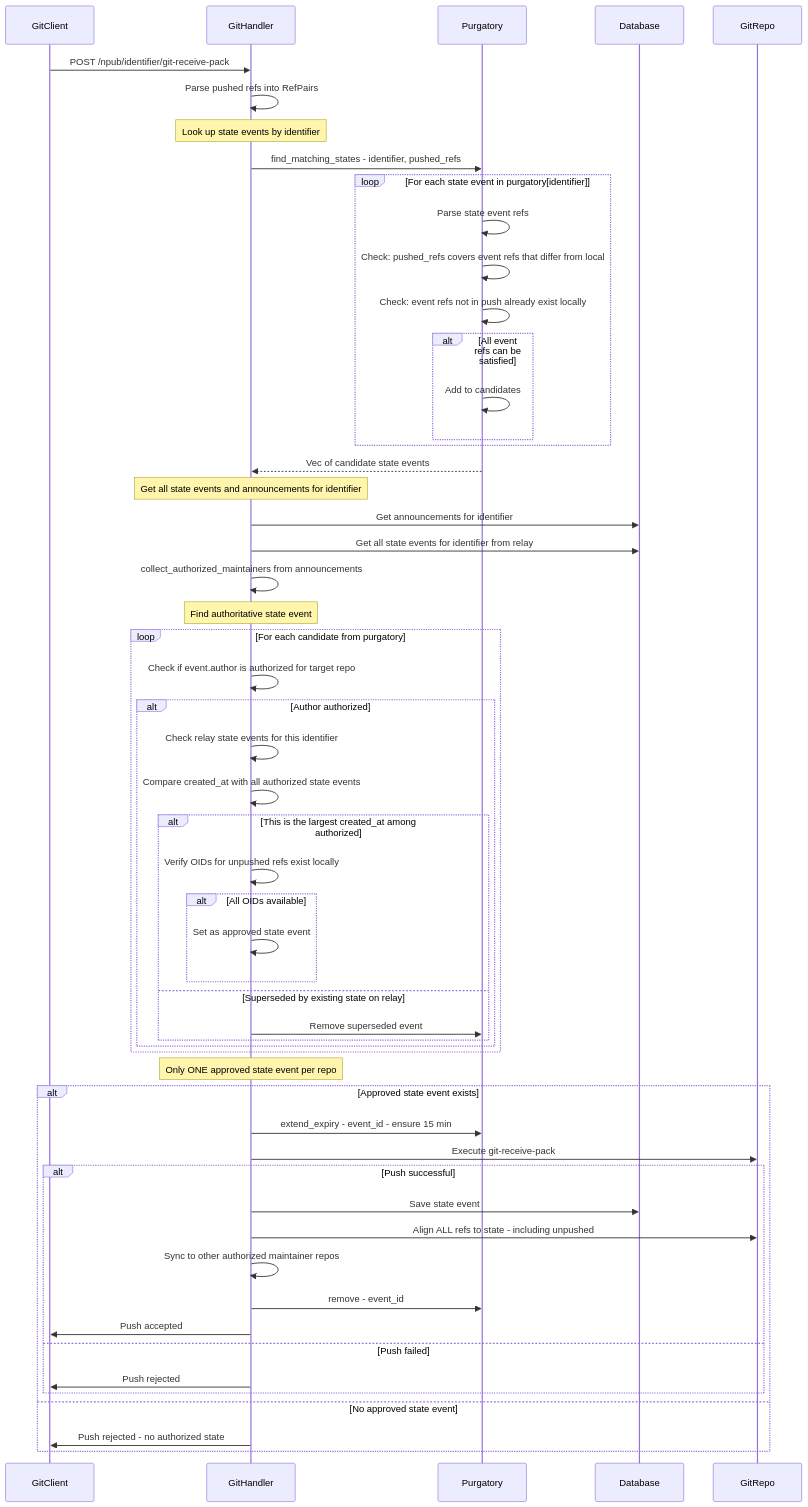
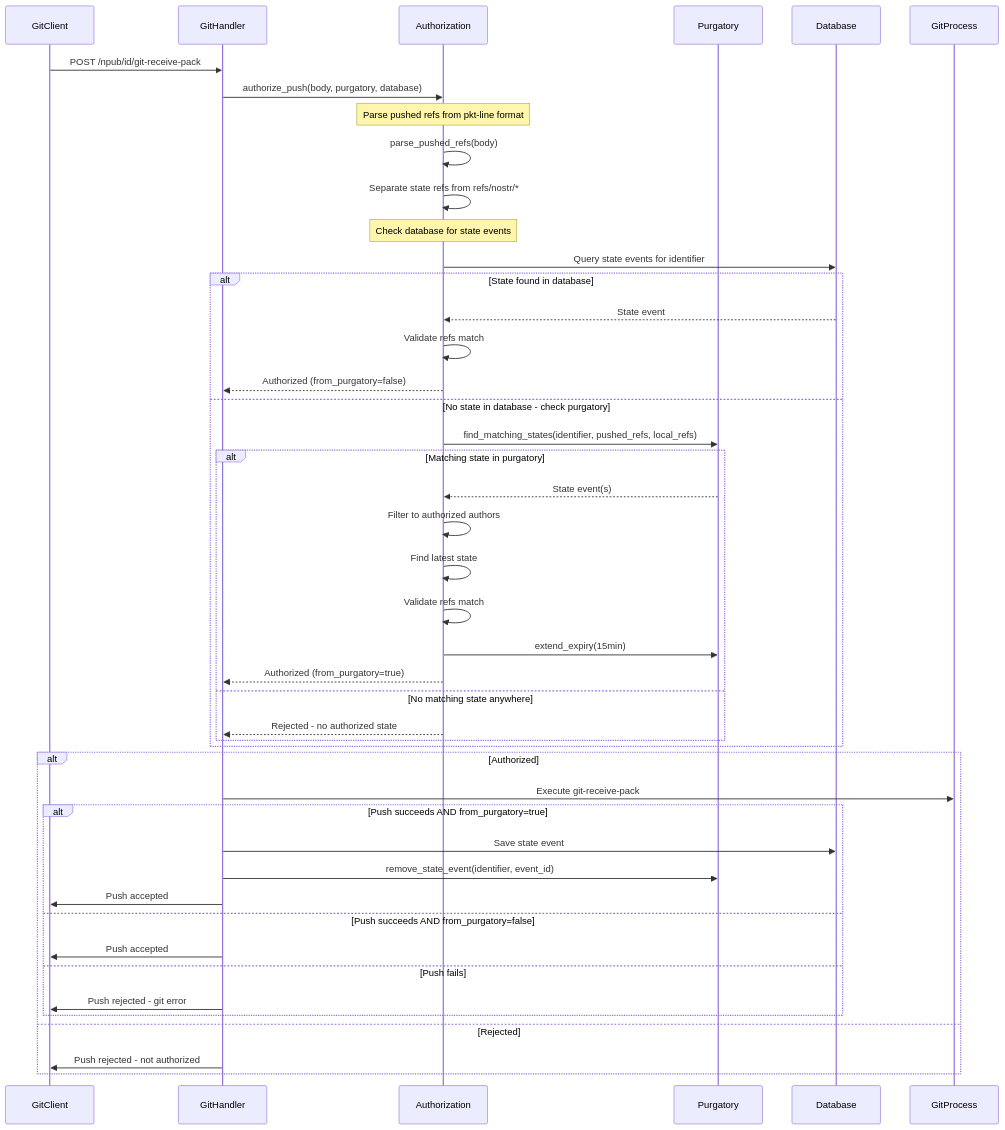
One commit to Pleb5/ngit-grasp changed the third of 4 diagrams in docs/explanation/purgatory-design.md. Above: the diagram before and after it, drawn with Mermaid. The commit also changed other lines of this file and 8 other files, not shown here.

Commit message:
docs: update docs with sync and purgatory and git data sync

````diff
--- a/docs/explanation/purgatory-design.md
+++ b/docs/explanation/purgatory-design.md
@@ -204,65 +244,54 @@
 ```mermaid
 sequenceDiagram
     participant GitClient
     participant GitHandler
+    participant Authorization
     participant Purgatory
     participant Database
-    participant GitRepo
+    participant GitProcess
 
-    GitClient->>GitHandler: POST /npub/identifier/git-receive-pack
-    GitHandler->>GitHandler: Parse pushed refs into RefPairs
-
-    Note over GitHandler: Look up state events by identifier
-    GitHandler->>Purgatory: find_matching_states - identifier, pushed_refs
-
-    loop For each state event in purgatory[identifier]
-        Purgatory->>Purgatory: Parse state event refs
-        Purgatory->>Purgatory: Check: pushed_refs covers event refs that differ from local
-        Purgatory->>Purgatory: Check: event refs not in push already exist locally
-        alt All event refs can be satisfied
-            Purgatory->>Purgatory: Add to candidates
+    GitClient->>GitHandler: POST /npub/id/git-receive-pack
+    GitHandler->>Authorization: authorize_push(body, purgatory, database)
+    
+    Note over Authorization: Parse pushed refs from pkt-line format
+    Authorization->>Authorization: parse_pushed_refs(body)
+    Authorization->>Authorization: Separate state refs from refs/nostr/*
+    
+    Note over Authorization: Check database for state events
+    Authorization->>Database: Query state events for identifier
+    
+    alt State found in database
+        Database-->>Authorization: State event
+        Authorization->>Authorization: Validate refs match
+        Authorization-->>GitHandler: Authorized (from_purgatory=false)
+    else No state in database - check purgatory
+        Authorization->>Purgatory: find_matching_states(identifier, pushed_refs, local_refs)
+        
+        alt Matching state in purgatory
+            Purgatory-->>Authorization: State event(s)
+            Authorization->>Authorization: Filter to authorized authors
+            Authorization->>Authorization: Find latest state
+            Authorization->>Authorization: Validate refs match
+            Authorization->>Purgatory: extend_expiry(15min)
+            Authorization-->>GitHandler: Authorized (from_purgatory=true)
+        else No matching state anywhere
+            Authorization-->>GitHandler: Rejected - no authorized state
         end
     end
-
-    Purgatory-->>GitHandler: Vec of candidate state events
-
-    Note over GitHandler: Get all state events and announcements for identifier
-    GitHandler->>Database: Get announcements for identifier
-    GitHandler->>Database: Get all state events for identifier from relay
-    GitHandler->>GitHandler: collect_authorized_maintainers from announcements
-
-    Note over GitHandler: Find authoritative state event
-    loop For each candidate from purgatory
-        GitHandler->>GitHandler: Check if event.author is authorized for target repo
-        alt Author authorized
-            GitHandler->>GitHandler: Check relay state events for this identifier
-            GitHandler->>GitHandler: Compare created_at with all authorized state events
-            alt This is the largest created_at among authorized
-                GitHandler->>GitHandler: Verify OIDs for unpushed refs exist locally
-                alt All OIDs available
-                    GitHandler->>GitHandler: Set as approved state event
-                end
-            else Superseded by existing state on relay
-                GitHandler->>Purgatory: Remove superseded event
-            end
+    
+    alt Authorized
+        GitHandler->>GitProcess: Execute git-receive-pack
+        
+        alt Push succeeds AND from_purgatory=true
+            GitHandler->>Database: Save state event
+            GitHandler->>Purgatory: remove_state_event(identifier, event_id)
+            GitHandler->>GitClient: Push accepted
+        else Push succeeds AND from_purgatory=false
+            GitHandler->>GitClient: Push accepted
+        else Push fails
+            GitHandler->>GitClient: Push rejected - git error
         end
-    end
-
-    Note over GitHandler: Only ONE approved state event per repo
-    alt Approved state event exists
-        GitHandler->>Purgatory: extend_expiry - event_id - ensure 15 min
-        GitHandler->>GitRepo: Execute git-receive-pack
-
-        alt Push successful
-            GitHandler->>Database: Save state event
-            GitHandler->>GitRepo: Align ALL refs to state - including unpushed
-            GitHandler->>GitHandler: Sync to other authorized maintainer repos
-            GitHandler->>Purgatory: remove - event_id
-            GitHandler->>GitClient: Push accepted
-        else Push failed
-            GitHandler->>GitClient: Push rejected
-        end
-    else No approved state event
-        GitHandler->>GitClient: Push rejected - no authorized state
+    else Rejected
+        GitHandler->>GitClient: Push rejected - not authorized
     end
 ```
````
